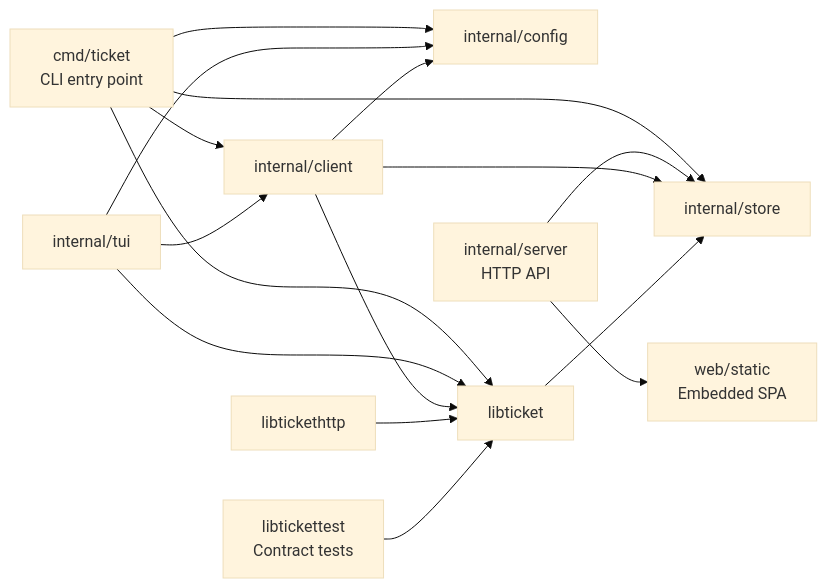
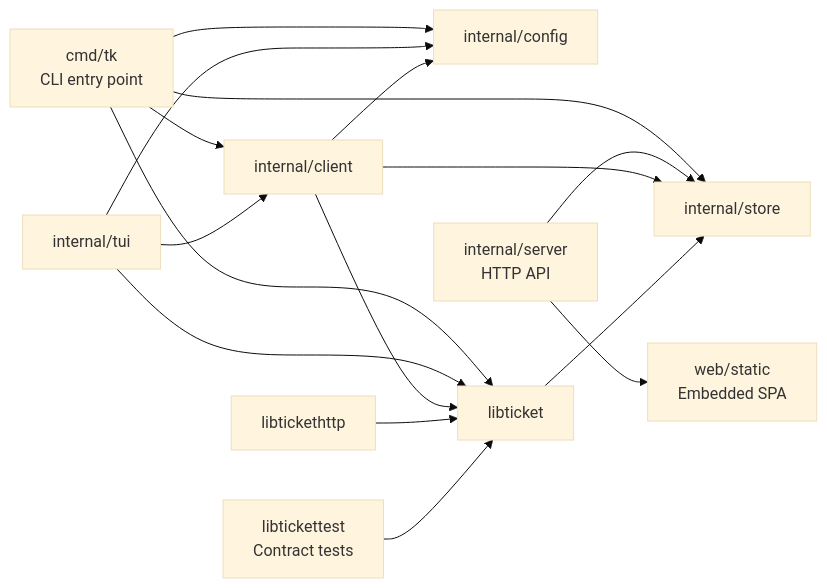
The second of 9 diagrams in README.md (simonski/ticket), drawn with Mermaid (base theme) before and after one commit. The commit also changed other lines of this file and 142 other files, not shown here.

````diff
--- a/README.md
+++ b/README.md
@@ -229,23 +221,23 @@
 ```mermaid
 graph LR
-    CMD["cmd/ticket<br/>CLI entry point"] --> CLIENT["internal/client"]
+    CMD["cmd/tk<br/>CLI entry point"] --> CLIENT["internal/client"]
     CMD --> CONFIG["internal/config"]
     CMD --> STORE["internal/store"]
     CMD --> LIB["libticket"]
 
     SERVER["internal/server<br/>HTTP API"] --> STORE
     SERVER --> STATIC["web/static<br/>Embedded SPA"]
 
     TUI_PKG["internal/tui"] --> CLIENT
     TUI_PKG --> CONFIG
     TUI_PKG --> LIB
 
     CLIENT --> STORE
     CLIENT --> CONFIG
     CLIENT --> LIB
 
     LIBHTTP["libtickethttp"] --> LIB
     LIB --> STORE
 
     LIBTEST["libtickettest<br/>Contract tests"] --> LIB
 ```
````
